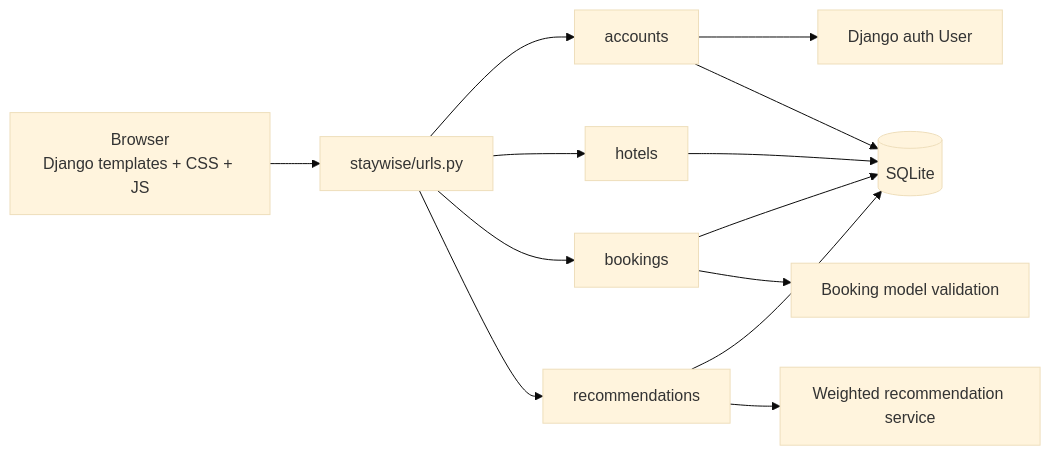
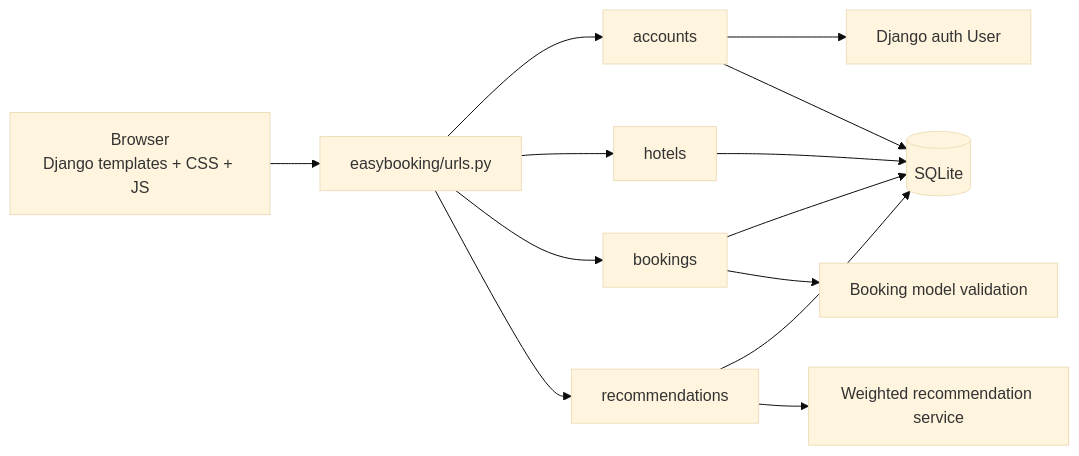
One commit to KevinManzi111/hotel-booking changed the first of 4 diagrams in hotel-booking-main/docs/ARCHITECTURE.md. Above: the diagram before and after it, drawn with Mermaid (base theme). The commit also changed other lines of this file and 57 other files, not shown here.

````diff
--- a/hotel-booking-main/docs/ARCHITECTURE.md
+++ b/hotel-booking-main/docs/ARCHITECTURE.md
@@ -7,15 +7,15 @@
 ```mermaid
 flowchart LR
-    Browser[Browser\nDjango templates + CSS + JS] --> URLs[staywise/urls.py]
+    Browser[Browser\nDjango templates + CSS + JS] --> URLs[easybooking/urls.py]
     URLs --> Accounts[accounts]
     URLs --> Hotels[hotels]
     URLs --> Bookings[bookings]
     URLs --> Recs[recommendations]
     Accounts --> Auth[Django auth User]
     Hotels --> DB[(SQLite)]
     Bookings --> DB
     Recs --> DB
     Accounts --> DB
     Recs --> Service[Weighted recommendation service]
     Bookings --> Rules[Booking model validation]
 ```
````
